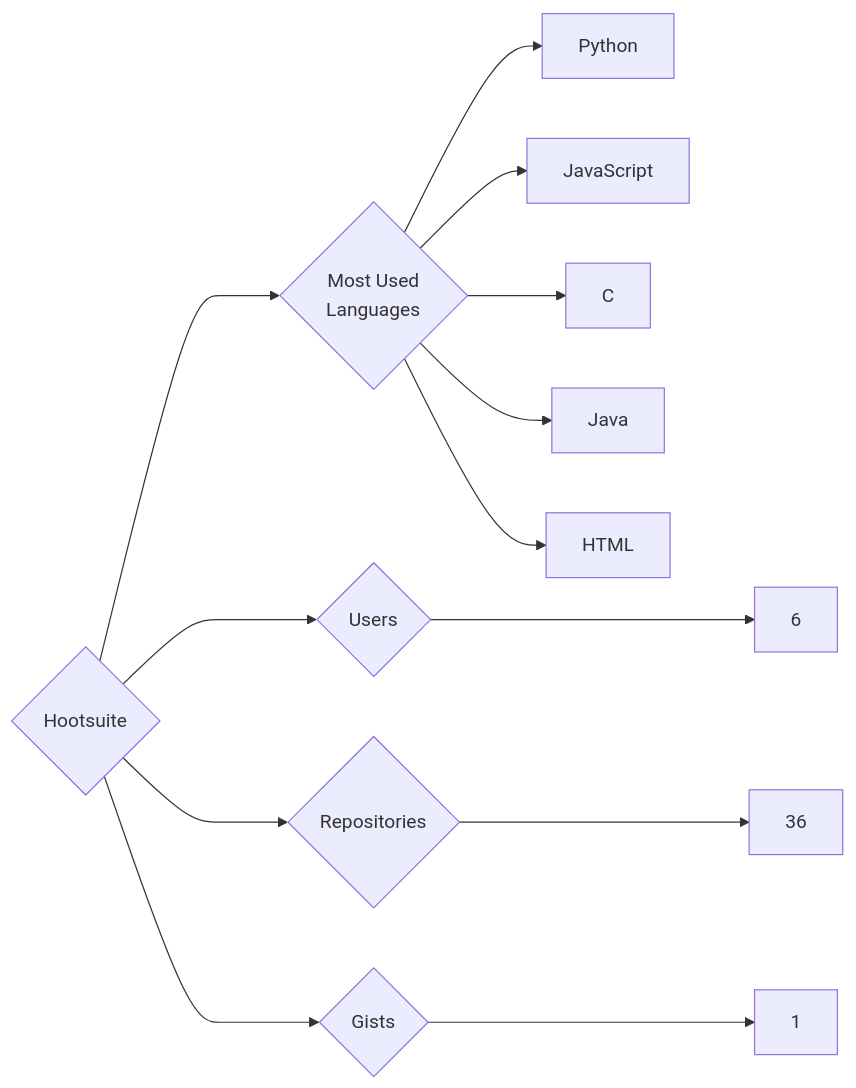
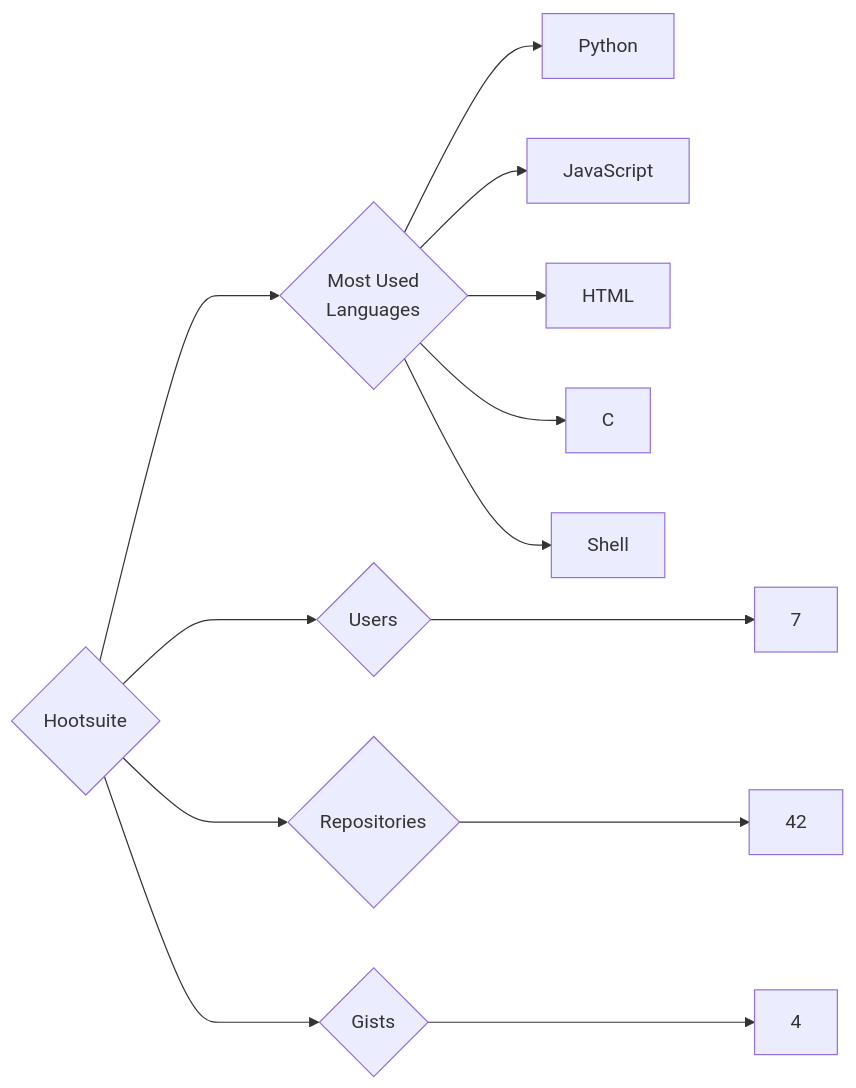
The diagram in targets/Hootsuite/README.md (trickest/insiders), drawn with Mermaid before and after one commit. The commit also changed 1141 other files, not shown here.

````diff
--- a/targets/Hootsuite/README.md
+++ b/targets/Hootsuite/README.md
@@ -3,13 +3,13 @@
 ```mermaid
 graph LR
 COMPANY_NAME{Hootsuite}
-COMPANY_NAME ---> U{Users} ---> UN[6]
-COMPANY_NAME ---> R{Repositories} ---> RN[36]
-COMPANY_NAME ---> G{Gists} ---> GN[1]
+COMPANY_NAME ---> U{Users} ---> UN[7]
+COMPANY_NAME ---> R{Repositories} ---> RN[42]
+COMPANY_NAME ---> G{Gists} ---> GN[4]
 COMPANY_NAME ---> ML{Most Used<br>Languages}
 ML --> Python[Python]
 ML --> JavaScript[JavaScript]
+ML --> HTML[HTML]
 ML --> C[C]
-ML --> Java[Java]
-ML --> HTML[HTML]
+ML --> Shell[Shell]
 ```
````
